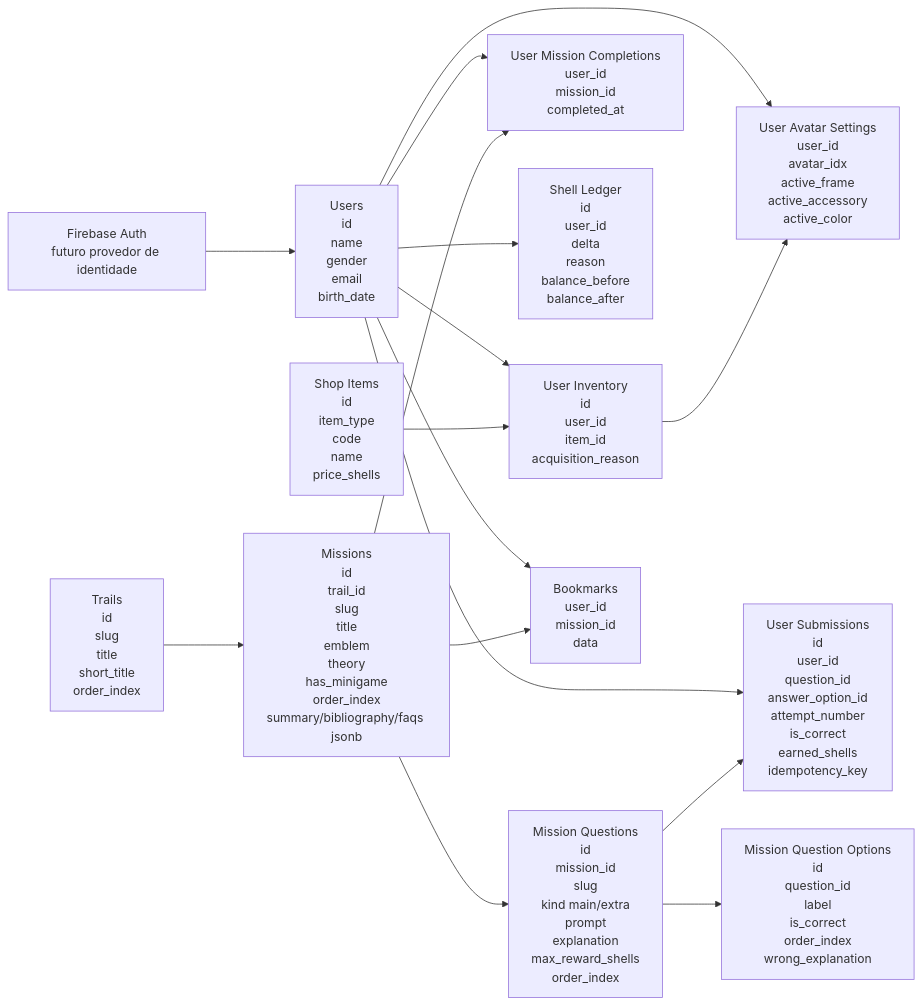
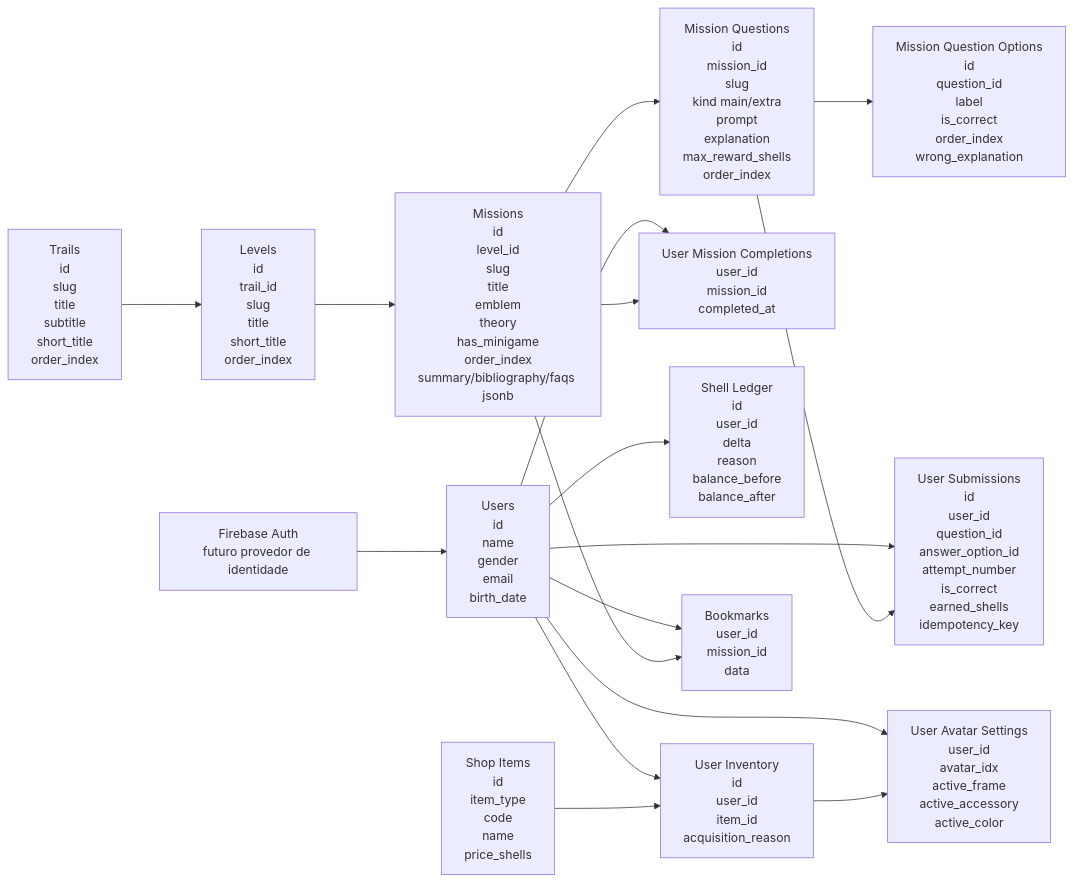
Before and after one commit to fpcoutinho/tentacle: the diagram in README.md, drawn with Mermaid. The commit also changed other lines of this file and 14 other files, not shown here.

Commit message:
refact: trail becomes level, a new trail arrives

````diff
--- a/README.md
+++ b/README.md
@@ -60,46 +60,49 @@
 ```mermaid
 flowchart LR
 	FA[Firebase Auth<br/>futuro provedor de identidade]
 
 	U[Users<br/>id<br/>name<br/>gender<br/>email<br/>birth_date]
 
 	A[User Avatar Settings<br/>user_id<br/>avatar_idx<br/>active_frame<br/>active_accessory<br/>active_color]
 
-	T[Trails<br/>id<br/>slug<br/>title<br/>short_title<br/>order_index]
+	T[Trails<br/>id<br/>slug<br/>title<br/>subtitle<br/>short_title<br/>order_index]
 
-	M[Missions<br/>id<br/>trail_id<br/>slug<br/>title<br/>emblem<br/>theory<br/>has_minigame<br/>order_index<br/>summary/bibliography/faqs jsonb]
+	LV[Levels<br/>id<br/>trail_id<br/>slug<br/>title<br/>short_title<br/>order_index]
+
+	M[Missions<br/>id<br/>level_id<br/>slug<br/>title<br/>emblem<br/>theory<br/>has_minigame<br/>order_index<br/>summary/bibliography/faqs jsonb]
 
 	Q[Mission Questions<br/>id<br/>mission_id<br/>slug<br/>kind main/extra<br/>prompt<br/>explanation<br/>max_reward_shells<br/>order_index]
 
 	O[Mission Question Options<br/>id<br/>question_id<br/>label<br/>is_correct<br/>order_index<br/>wrong_explanation]
 
 	C[User Mission Completions<br/>user_id<br/>mission_id<br/>completed_at]
 
 	S[User Submissions<br/>id<br/>user_id<br/>question_id<br/>answer_option_id<br/>attempt_number<br/>is_correct<br/>earned_shells<br/>idempotency_key]
 
 	L[Shell Ledger<br/>id<br/>user_id<br/>delta<br/>reason<br/>balance_before<br/>balance_after]
 
 	I[Shop Items<br/>id<br/>item_type<br/>code<br/>name<br/>price_shells]
 
 	UI[User Inventory<br/>id<br/>user_id<br/>item_id<br/>acquisition_reason]
 
 	B[Bookmarks<br/>user_id<br/>mission_id<br/>data]
 
 	FA --> U
 	U --> A
 	U --> C
 	U --> S
 	U --> L
 	U --> UI
 	U --> B
 
-	T --> M
+	T --> LV
+	LV --> M
 	M --> Q
 	M --> C
 	Q --> O
 	Q --> S
 	M --> B
 
 	I --> UI
 	UI --> A
 ```
````
